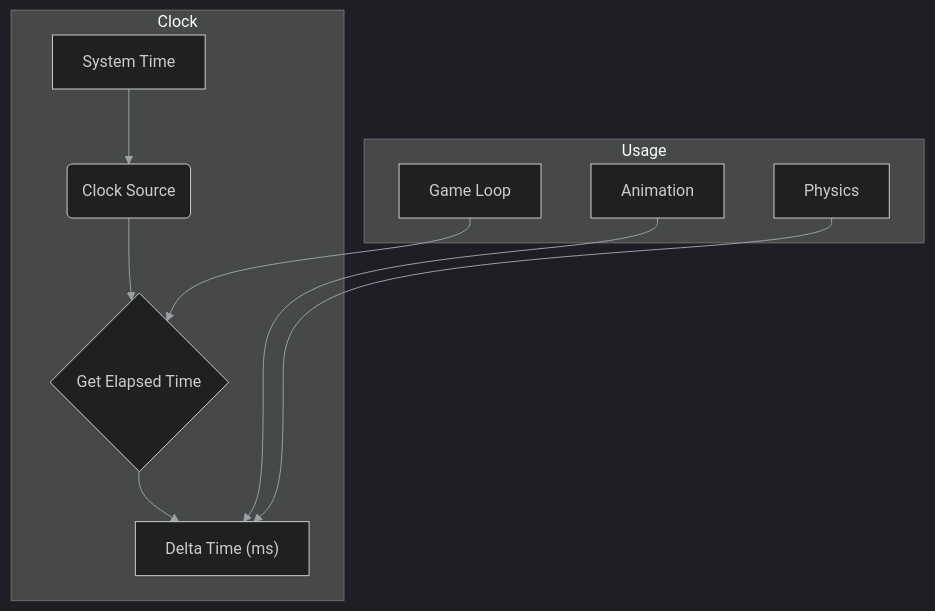
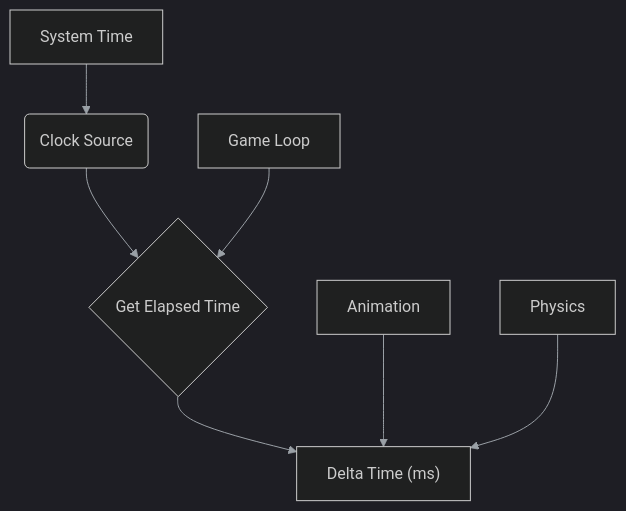
The diagram in docs/authoring/qa/clock.mmd (lukaszj321/otcv8-dev), drawn with Mermaid before and after one commit.

Commit message:
Fix formatting in clock.mmd for consistency

```diff
--- a/docs/authoring/qa/clock.mmd
+++ b/docs/authoring/qa/clock.mmd
@@ -1,13 +1,9 @@
-%%{init: {'theme':'dark','themeVariables':{'primaryTextColor':'#ddd','lineColor':'#9aa0a6'}}}%%
+%%{init: {"theme":"dark","themeVariables":{"primaryTextColor":"#ddd","lineColor":"#9aa0a6"}}}%%
 graph TD
-    subgraph Clock
-        A[System Time] --> B(Clock Source)
-        B --> C{Get Elapsed Time}
-        C --> D["Delta Time (ms)"]
-    end
+  A[System Time] --> B(Clock Source)
+  B --> C{Get Elapsed Time}
+  C --> D["Delta Time (ms)"]
 
-    subgraph Usage
-        E[Game Loop] --> C
-        F[Animation] --> D
-        G[Physics] --> D
-    end
+  E[Game Loop] --> C
+  F[Animation] --> D
+  G[Physics] --> D
```
